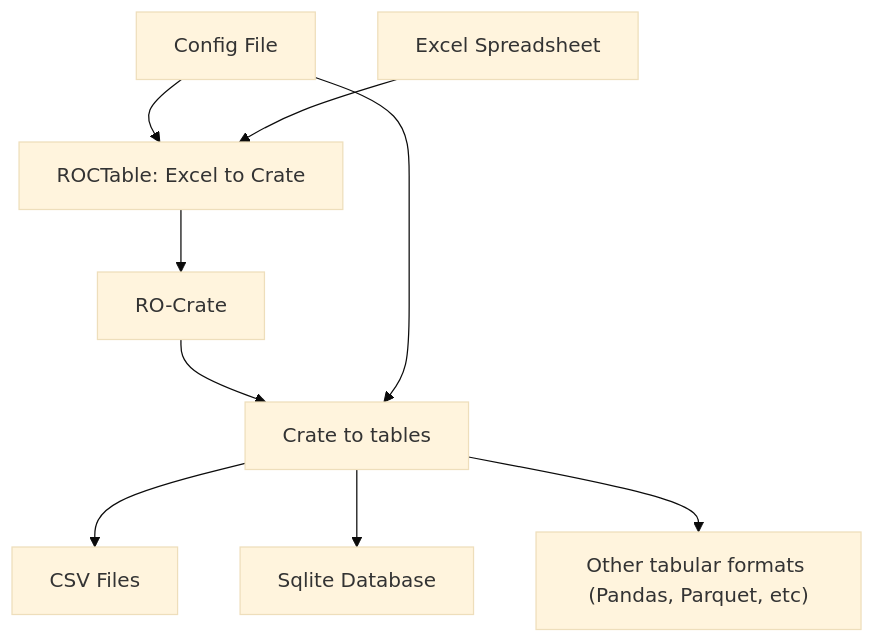
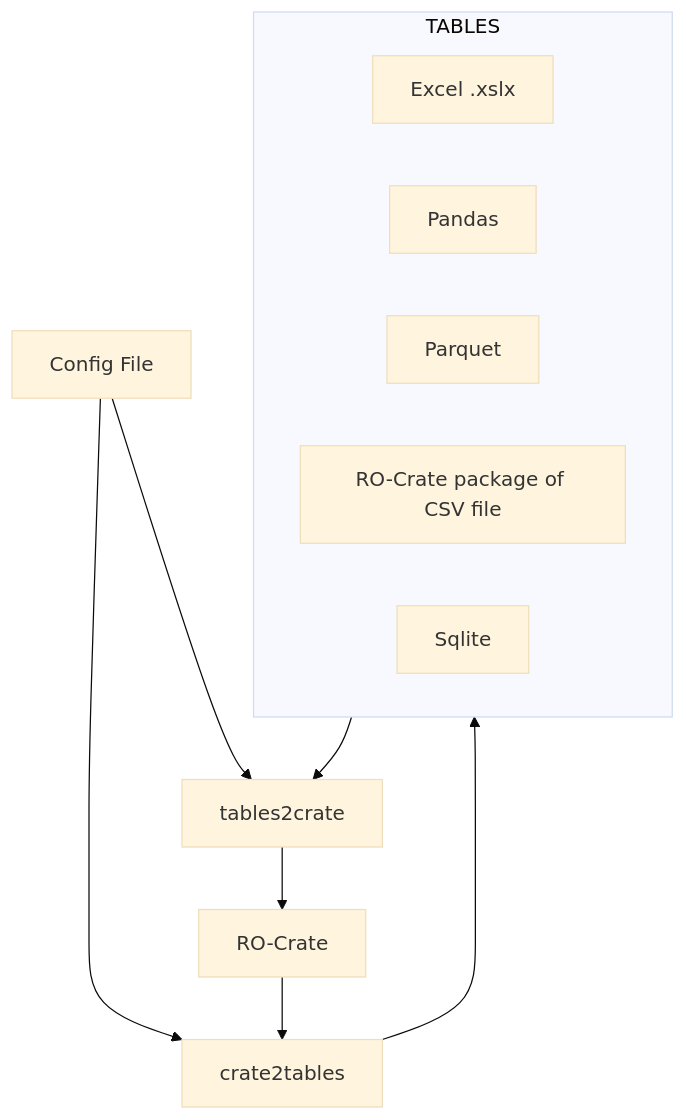
The second of 2 diagrams in README.md (ptsefton/roctable), drawn with Mermaid (base theme) before and after one commit.

Commit message:
updated diagram

````diff
--- a/README.md
+++ b/README.md
@@ -22,12 +22,17 @@
 ```mermaid
 graph TD;
-    C["Config File"] --> TL["ROCTable: Excel to Crate"]
-    X["Excel Spreadsheet"] --> TL
-    TL-->R["RO-Crate"];
-    R --> TS["Crate to tables"]
-    TS --> CSV["CSV Files"]
-    TS --> SQL["Sqlite Database"]
-    C-->TS
-    TS--> O["Other tabular formats (Pandas, Parquet, etc)"]
-    
+    R["RO-Crate"] --> TS["crate2tables"]
+    TS --> TABLES
+    C--> TS
+    subgraph TABLES
+      X["Excel .xslx"]
+      Pandas
+      Parquet
+      CSV["RO-Crate package of CSV file"]
+      Sqlite
+    end
+    TABLES --> TR["tables2crate"]
+    TR --> R
+    C["Config File"] --> TR
+
 ```   
````
